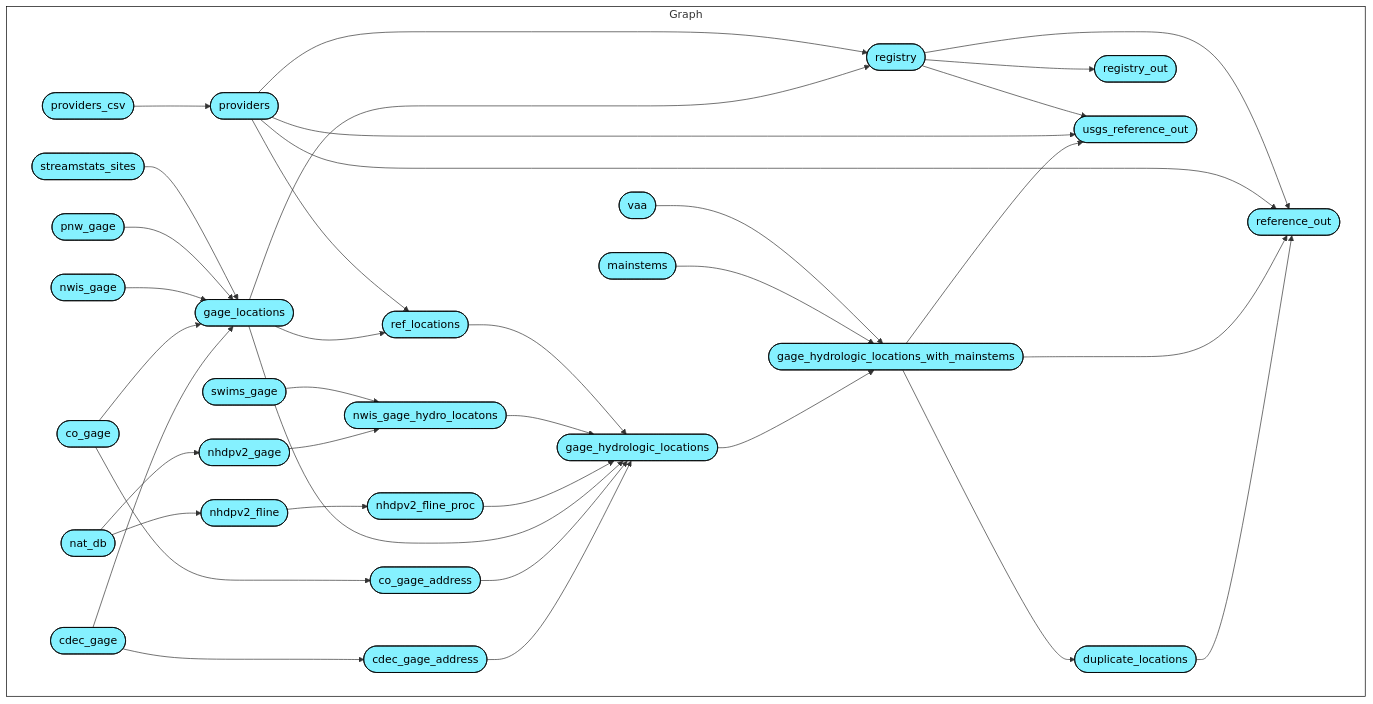
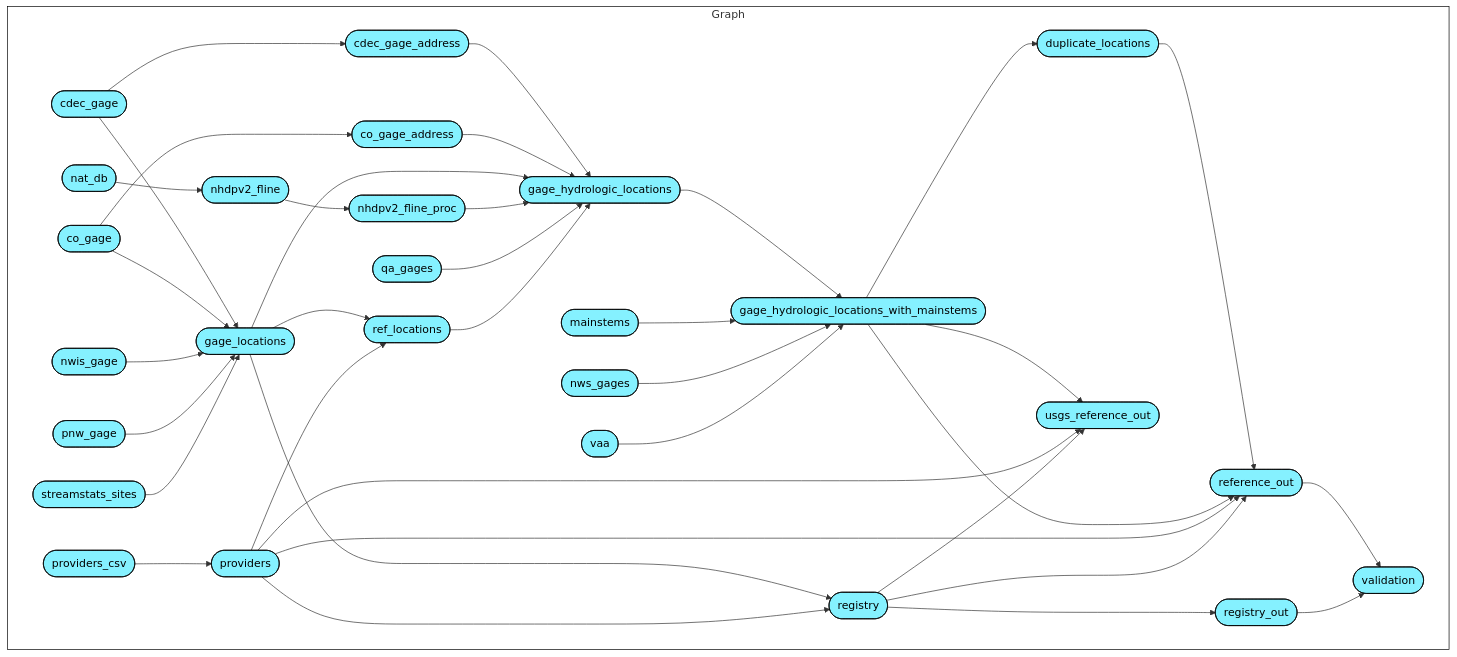
Before and after one commit to internetofwater/ref_gages: the diagram in README.md, drawn with Mermaid. The commit also changed 6 other files, not shown here.

````diff
--- a/README.md
+++ b/README.md
@@ -20,43 +20,43 @@
 ```mermaid
 graph LR
   style Graph fill:#FFFFFF,stroke:#000000;
   subgraph Graph
     direction LR
-    xdc890725c94814e0(["cdec_gage"]):::completed --> xe90cfa4169672250(["gage_locations"]):::completed
-    xc790fbbfe941e20f(["co_gage"]):::completed --> xe90cfa4169672250(["gage_locations"]):::completed
-    x3816fb2c1b52106c(["nwis_gage"]):::completed --> xe90cfa4169672250(["gage_locations"]):::completed
-    xe86264e228962974(["pnw_gage"]):::completed --> xe90cfa4169672250(["gage_locations"]):::completed
-    x592b71b0a3906fc3(["streamstats_sites"]):::completed --> xe90cfa4169672250(["gage_locations"]):::completed
-    x86f07777fbb7e7e4(["nhdpv2_gage"]):::completed --> x8143934a2d5257e0(["nwis_gage_hydro_locatons"]):::completed
-    x72e6641d7003f35e(["swims_gage"]):::completed --> x8143934a2d5257e0(["nwis_gage_hydro_locatons"]):::completed
-    xdc890725c94814e0(["cdec_gage"]):::completed --> xc2983822f18540b4(["cdec_gage_address"]):::completed
-    xc2983822f18540b4(["cdec_gage_address"]):::completed --> x2e392e0f2cb78ba1(["gage_hydrologic_locations"]):::completed
-    x4201776ad8616358(["co_gage_address"]):::completed --> x2e392e0f2cb78ba1(["gage_hydrologic_locations"]):::completed
-    xe90cfa4169672250(["gage_locations"]):::completed --> x2e392e0f2cb78ba1(["gage_hydrologic_locations"]):::completed
-    x6c59ac2b7db5bcf8(["nhdpv2_fline_proc"]):::completed --> x2e392e0f2cb78ba1(["gage_hydrologic_locations"]):::completed
-    x8143934a2d5257e0(["nwis_gage_hydro_locatons"]):::completed --> x2e392e0f2cb78ba1(["gage_hydrologic_locations"]):::completed
-    xb37ed462743750b6(["ref_locations"]):::completed --> x2e392e0f2cb78ba1(["gage_hydrologic_locations"]):::completed
-    xd20e6d3eb3d2523a(["duplicate_locations"]):::completed --> x2dd2f719129b7fe6(["reference_out"]):::completed
-    x7765aace6cda3292(["gage_hydrologic_locations_with_mainstems"]):::completed --> x2dd2f719129b7fe6(["reference_out"]):::completed
-    x2ed57357c0c06777(["providers"]):::completed --> x2dd2f719129b7fe6(["reference_out"]):::completed
-    x7b8f98c0b818a18a(["registry"]):::completed --> x2dd2f719129b7fe6(["reference_out"]):::completed
-    x7765aace6cda3292(["gage_hydrologic_locations_with_mainstems"]):::completed --> xd20e6d3eb3d2523a(["duplicate_locations"]):::completed
-    x7b8f98c0b818a18a(["registry"]):::completed --> x164a1fd6fa5b800d(["registry_out"]):::completed
-    xe90cfa4169672250(["gage_locations"]):::completed --> x7b8f98c0b818a18a(["registry"]):::completed
-    x2ed57357c0c06777(["providers"]):::completed --> x7b8f98c0b818a18a(["registry"]):::completed
-    x7765aace6cda3292(["gage_hydrologic_locations_with_mainstems"]):::completed --> x7e43af43bcccc897(["usgs_reference_out"]):::completed
-    x2ed57357c0c06777(["providers"]):::completed --> x7e43af43bcccc897(["usgs_reference_out"]):::completed
-    x7b8f98c0b818a18a(["registry"]):::completed --> x7e43af43bcccc897(["usgs_reference_out"]):::completed
-    xe90cfa4169672250(["gage_locations"]):::completed --> xb37ed462743750b6(["ref_locations"]):::completed
-    x2ed57357c0c06777(["providers"]):::completed --> xb37ed462743750b6(["ref_locations"]):::completed
-    x2e392e0f2cb78ba1(["gage_hydrologic_locations"]):::completed --> x7765aace6cda3292(["gage_hydrologic_locations_with_mainstems"]):::completed
-    xaa2c6f0a5f97fbb7(["mainstems"]):::completed --> x7765aace6cda3292(["gage_hydrologic_locations_with_mainstems"]):::completed
-    x36d41497a1d9cc73(["vaa"]):::completed --> x7765aace6cda3292(["gage_hydrologic_locations_with_mainstems"]):::completed
-    xc790fbbfe941e20f(["co_gage"]):::completed --> x4201776ad8616358(["co_gage_address"]):::completed
-    x45079be5e9dad71e(["nat_db"]):::completed --> x86f07777fbb7e7e4(["nhdpv2_gage"]):::completed
-    x0d37c0787182d513(["nhdpv2_fline"]):::completed --> x6c59ac2b7db5bcf8(["nhdpv2_fline_proc"]):::completed
-    x60fc93676537b647(["providers_csv"]):::completed --> x2ed57357c0c06777(["providers"]):::completed
-    x45079be5e9dad71e(["nat_db"]):::completed --> x0d37c0787182d513(["nhdpv2_fline"]):::completed
+    x68fd7d2729e8459c(["cdec_gage"]):::uptodate --> x14690c3296417993(["gage_locations"]):::uptodate
+    xc02b3fa6e288c95f(["co_gage"]):::uptodate --> x14690c3296417993(["gage_locations"]):::uptodate
+    x26dbd46269195f71(["nwis_gage"]):::uptodate --> x14690c3296417993(["gage_locations"]):::uptodate
+    x8221330b9bd19285(["pnw_gage"]):::uptodate --> x14690c3296417993(["gage_locations"]):::uptodate
+    xa5c0bb03406aa7a0(["streamstats_sites"]):::uptodate --> x14690c3296417993(["gage_locations"]):::uptodate
+    x68fd7d2729e8459c(["cdec_gage"]):::uptodate --> x75417e6b8a919cb9(["cdec_gage_address"]):::uptodate
+    x75417e6b8a919cb9(["cdec_gage_address"]):::uptodate --> x9f75c3a258e544f6(["gage_hydrologic_locations"]):::uptodate
+    x2c545b6cd69230ad(["co_gage_address"]):::uptodate --> x9f75c3a258e544f6(["gage_hydrologic_locations"]):::uptodate
+    x14690c3296417993(["gage_locations"]):::uptodate --> x9f75c3a258e544f6(["gage_hydrologic_locations"]):::uptodate
+    xcd07b5771d79298c(["nhdpv2_fline_proc"]):::uptodate --> x9f75c3a258e544f6(["gage_hydrologic_locations"]):::uptodate
+    xcf9c4895c540caf6(["qa_gages"]):::uptodate --> x9f75c3a258e544f6(["gage_hydrologic_locations"]):::uptodate
+    x851c6bba0e062390(["ref_locations"]):::uptodate --> x9f75c3a258e544f6(["gage_hydrologic_locations"]):::uptodate
+    x2aa750ef5905719e(["duplicate_locations"]):::uptodate --> x96d1384a6f25eeca(["reference_out"]):::uptodate
+    xfe50b36338a451f2(["gage_hydrologic_locations_with_mainstems"]):::uptodate --> x96d1384a6f25eeca(["reference_out"]):::uptodate
+    xf515f77fccd1b2cc(["providers"]):::uptodate --> x96d1384a6f25eeca(["reference_out"]):::uptodate
+    xa5d81f243d49b74b(["registry"]):::uptodate --> x96d1384a6f25eeca(["reference_out"]):::uptodate
+    xfe50b36338a451f2(["gage_hydrologic_locations_with_mainstems"]):::uptodate --> x2aa750ef5905719e(["duplicate_locations"]):::uptodate
+    x14690c3296417993(["gage_locations"]):::uptodate --> xa5d81f243d49b74b(["registry"]):::uptodate
+    xf515f77fccd1b2cc(["providers"]):::uptodate --> xa5d81f243d49b74b(["registry"]):::uptodate
+    xa5d81f243d49b74b(["registry"]):::uptodate --> x3c26915feb6d5453(["registry_out"]):::uptodate
+    xfe50b36338a451f2(["gage_hydrologic_locations_with_mainstems"]):::uptodate --> x9423f5225a1fe63d(["usgs_reference_out"]):::uptodate
+    xf515f77fccd1b2cc(["providers"]):::uptodate --> x9423f5225a1fe63d(["usgs_reference_out"]):::uptodate
+    xa5d81f243d49b74b(["registry"]):::uptodate --> x9423f5225a1fe63d(["usgs_reference_out"]):::uptodate
+    x14690c3296417993(["gage_locations"]):::uptodate --> x851c6bba0e062390(["ref_locations"]):::uptodate
+    xf515f77fccd1b2cc(["providers"]):::uptodate --> x851c6bba0e062390(["ref_locations"]):::uptodate
+    x9f75c3a258e544f6(["gage_hydrologic_locations"]):::uptodate --> xfe50b36338a451f2(["gage_hydrologic_locations_with_mainstems"]):::uptodate
+    x62f64b5e1492705f(["mainstems"]):::uptodate --> xfe50b36338a451f2(["gage_hydrologic_locations_with_mainstems"]):::uptodate
+    xcaf37b018c5051fa(["nws_gages"]):::uptodate --> xfe50b36338a451f2(["gage_hydrologic_locations_with_mainstems"]):::uptodate
+    x3e10572866348fbd(["vaa"]):::uptodate --> xfe50b36338a451f2(["gage_hydrologic_locations_with_mainstems"]):::uptodate
+    xc02b3fa6e288c95f(["co_gage"]):::uptodate --> x2c545b6cd69230ad(["co_gage_address"]):::uptodate
+    xaa36b9c75449da58(["nhdpv2_fline"]):::uptodate --> xcd07b5771d79298c(["nhdpv2_fline_proc"]):::uptodate
+    x96d1384a6f25eeca(["reference_out"]):::uptodate --> xd1529679f089b8ed(["validation"]):::uptodate
+    x3c26915feb6d5453(["registry_out"]):::uptodate --> xd1529679f089b8ed(["validation"]):::uptodate
+    x17318bfe07205f04(["providers_csv"]):::uptodate --> xf515f77fccd1b2cc(["providers"]):::uptodate
+    xcc0828d76b923a09(["nat_db"]):::uptodate --> xaa36b9c75449da58(["nhdpv2_fline"]):::uptodate
   end
-  classDef completed stroke:#000000,color:#000000,fill:#85F1FF;
+  classDef uptodate stroke:#000000,color:#000000,fill:#85F1FF;
 ```
````
